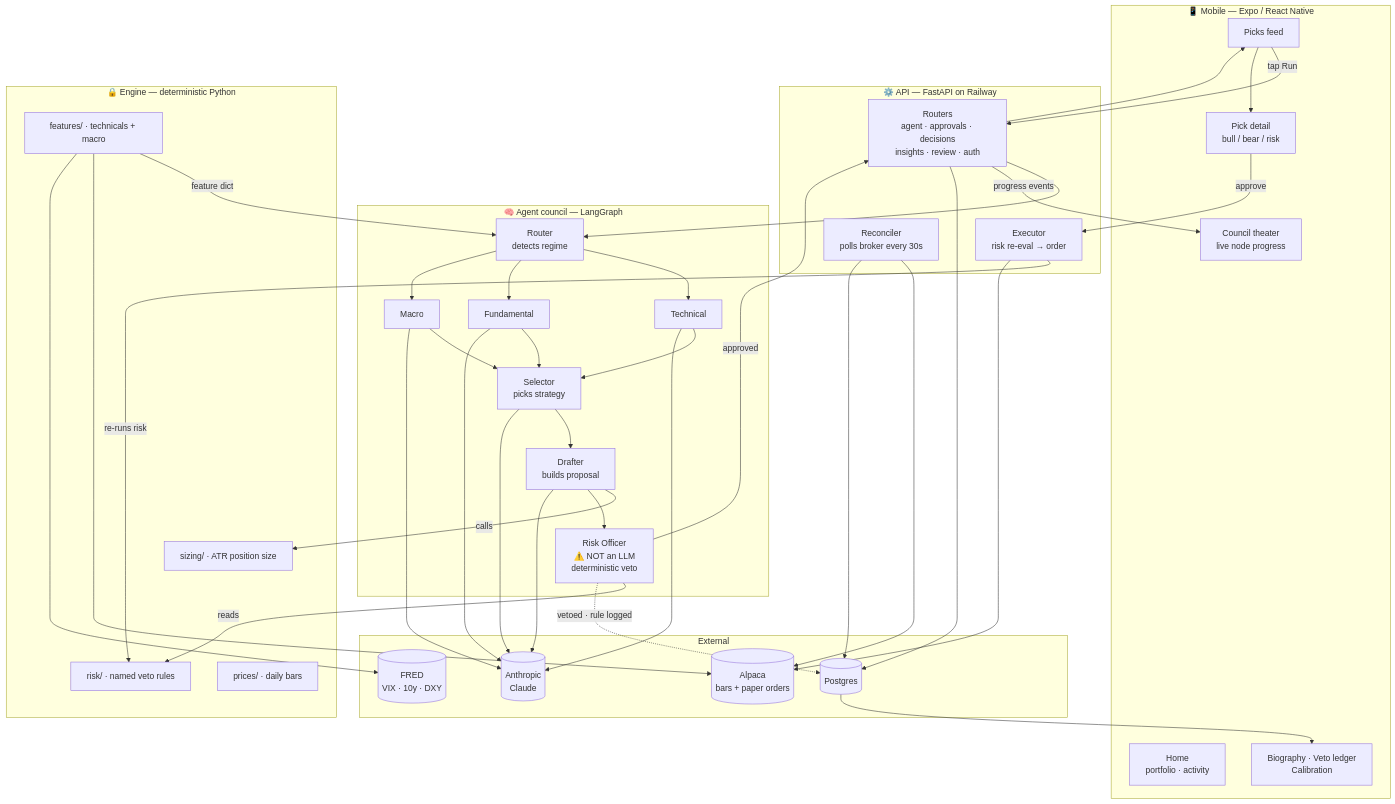
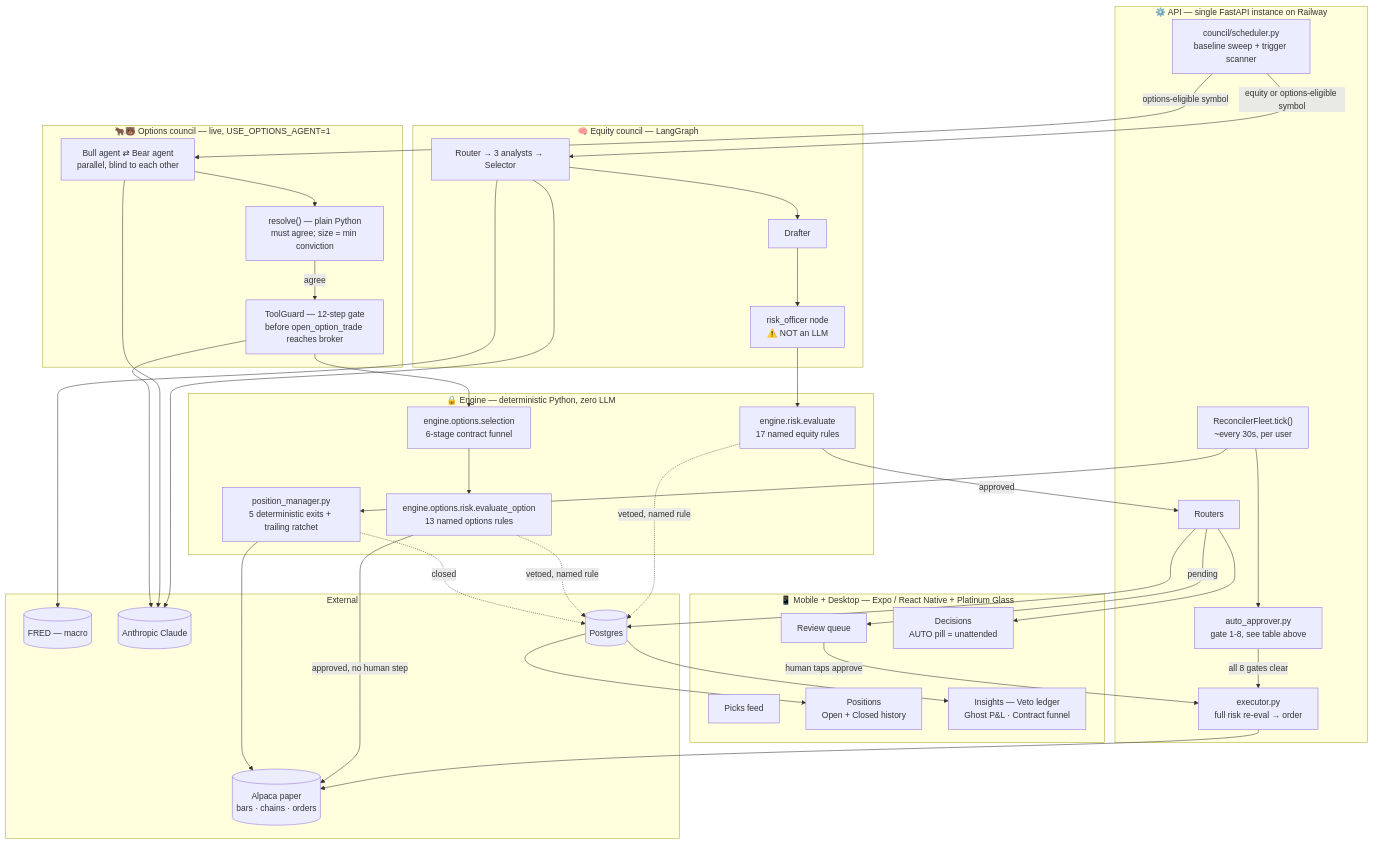
One commit to insaneamogh/AutonomousTradeAgents changed the first of 3 diagrams in docs/README.md. Above: the diagram before and after it, drawn with Mermaid. The commit also changed other lines of this file and 2 other files, not shown here.

````diff
--- a/docs/README.md
+++ b/docs/README.md
@@ -16,65 +48,67 @@
 ```mermaid
 flowchart TB
-    subgraph mobile["📱 Mobile — Expo / React Native"]
-        HOME[Home<br/>portfolio · activity]
+    subgraph mobile["📱 Mobile + Desktop — Expo / React Native + Platinum Glass"]
         PICKS[Picks feed]
-        THEATER[Council theater<br/>live node progress]
-        DETAIL[Pick detail<br/>bull / bear / risk]
-        AUDIT[Biography · Veto ledger<br/>Calibration]
+        REVIEW[Review queue]
+        DECISIONS[Decisions<br/>AUTO pill = unattended]
+        POSITIONS[Positions<br/>Open + Closed history]
+        AUDIT[Insights — Veto ledger<br/>Ghost P&L · Contract funnel]
     end
 
-    subgraph api["⚙️ API — FastAPI on Railway"]
-        ROUTES[Routers<br/>agent · approvals · decisions<br/>insights · review · auth]
-        EXEC[Executor<br/>risk re-eval → order]
-        RECON[Reconciler<br/>polls broker every 30s]
+    subgraph api["⚙️ API — single FastAPI instance on Railway"]
+        SCHED[council/scheduler.py<br/>baseline sweep + trigger scanner]
+        ROUTES[Routers]
+        EXEC[executor.py<br/>full risk re-eval → order]
+        FLEET["ReconcilerFleet.tick()<br/>~every 30s, per user"]
+        APPROVER[auto_approver.py<br/>gate 1-8, see table above]
     end
 
-    subgraph council["🧠 Agent council — LangGraph"]
-        ROUTER[Router<br/>detects regime]
-        TA[Technical]
-        FA[Fundamental]
-        MA[Macro]
-        SEL[Selector<br/>picks strategy]
-        DRAFT[Drafter<br/>builds proposal]
-        RISK["Risk Officer<br/>⚠️ NOT an LLM<br/>deterministic veto"]
+    subgraph equity_council["🧠 Equity council — LangGraph"]
+        ROUTER[Router → 3 analysts → Selector]
+        DRAFT[Drafter]
+        RISK["risk_officer node<br/>⚠️ NOT an LLM"]
     end
 
-    subgraph engine["🔒 Engine — deterministic Python"]
-        RULES[risk/ · named veto rules]
-        SIZING[sizing/ · ATR position size]
-        FEAT[features/ · technicals + macro]
-        PRICES[prices/ · daily bars]
+    subgraph options_council["🐂🐻 Options council — live, USE_OPTIONS_AGENT=1"]
+        BULLBEAR["Bull agent ⇄ Bear agent<br/>parallel, blind to each other"]
+        RESOLVE["resolve() — plain Python<br/>must agree; size = min conviction"]
+        GUARD["ToolGuard — 12-step gate<br/>before open_option_trade reaches broker"]
+    end
+
+    subgraph engine["🔒 Engine — deterministic Python, zero LLM"]
+        ERULES[engine.risk.evaluate<br/>17 named equity rules]
+        ORULES[engine.options.risk.evaluate_option<br/>13 named options rules]
+        SELECT[engine.options.selection<br/>6-stage contract funnel]
+        RATCHET[position_manager.py<br/>5 deterministic exits + trailing ratchet]
     end
 
     subgraph ext["External"]
-        ALPACA[(Alpaca<br/>bars + paper orders)]
-        FRED[(FRED<br/>VIX · 10y · DXY)]
-        CLAUDE[(Anthropic<br/>Claude)]
+        ALPACA[(Alpaca paper<br/>bars · chains · orders)]
+        FRED[(FRED — macro)]
+        CLAUDE[(Anthropic Claude)]
         PG[(Postgres)]
     end
 
-    PICKS -->|tap Run| ROUTES
-    ROUTES --> ROUTER
-    FEAT -->|feature dict| ROUTER
-    ROUTER --> TA & FA & MA
-    TA & FA & MA --> SEL
-    SEL --> DRAFT
-    DRAFT -->|calls| SIZING
-    DRAFT --> RISK
-    RISK -->|reads| RULES
-    RISK -->|approved| ROUTES
-    RISK -.->|vetoed · rule logged| PG
+    SCHED -->|equity or options-eligible symbol| ROUTER
+    SCHED -->|options-eligible symbol| BULLBEAR
+    ROUTER --> DRAFT --> RISK --> ERULES
+    ERULES -->|approved| ROUTES -->|pending| REVIEW
+    ERULES -.->|vetoed, named rule| PG
+    REVIEW -->|human taps approve| EXEC
+    FLEET --> APPROVER -->|all 8 gates clear| EXEC
+    EXEC --> ALPACA
 
-    ROUTES -->|progress events| THEATER
-    ROUTES --> PICKS --> DETAIL
-    DETAIL -->|approve| EXEC
-    EXEC -->|re-runs risk| RULES
-    EXEC --> ALPACA
-    RECON --> ALPACA
-    RECON --> PG
+    BULLBEAR --> RESOLVE -->|agree| GUARD
+    GUARD --> SELECT --> ORULES
+    ORULES -->|approved, no human step| ALPACA
+    ORULES -.->|vetoed, named rule| PG
+
+    FLEET --> RATCHET --> ALPACA
+    RATCHET -.->|closed| PG
+
+    ROUTER & BULLBEAR & GUARD --> CLAUDE
+    ROUTER --> FRED
     ROUTES --> PG --> AUDIT
-
-    FEAT --> ALPACA
-    FEAT --> FRED
-    TA & FA & MA & SEL & DRAFT --> CLAUDE
+    PG --> POSITIONS
+    ROUTES --> DECISIONS
 ```
````
